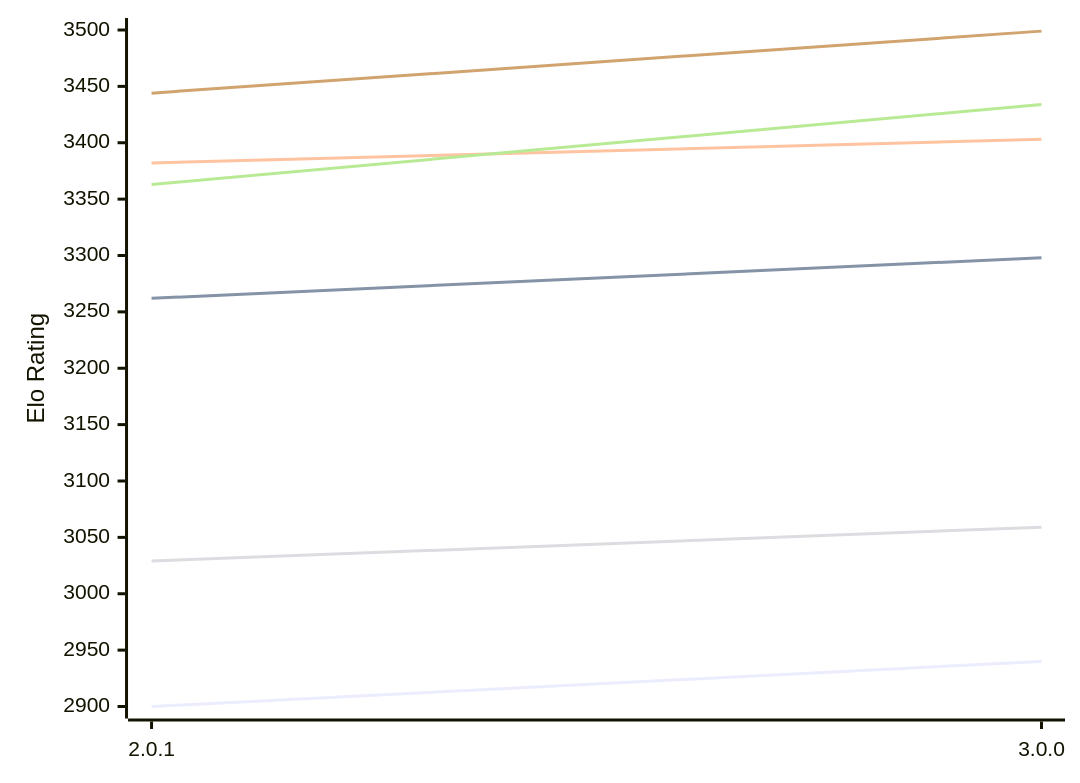
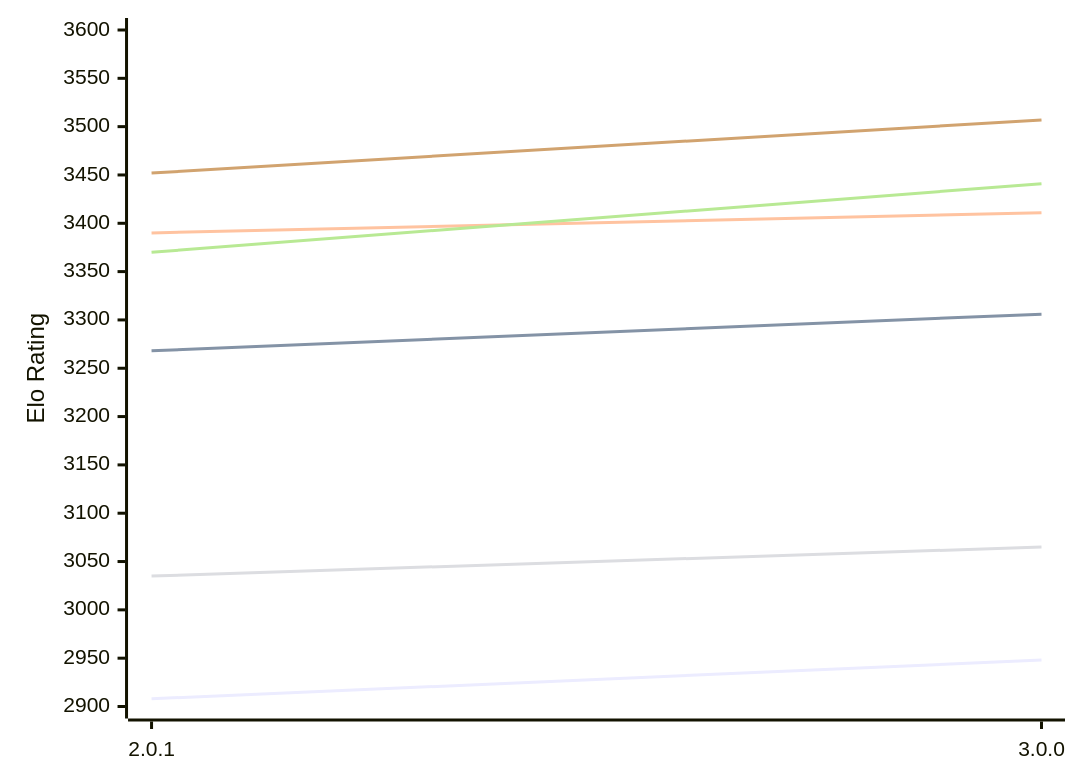
The first of 2 diagrams in engines/Grail.md (computer-chess-index/cci), drawn with Mermaid before and after one commit. The commit also changed other lines of this file, not shown here.

Commit message:
Update CCI Ratings (ELO VLTC) - 2026-11-03

````diff
--- a/engines/Grail.md
+++ b/engines/Grail.md
@@ -56,12 +56,12 @@
 ```mermaid
 %%{init: {"theme":"base","themeVariables":{"seriesColors:['#a3a3a3','#222221','#faa371']}}}%%
 xychart-beta
   x-axis ["2.0.1", "3.0.0"]
-  y-axis "Elo Rating" 2900 --> 3500
-  line "E1: STC (8.0+0.08s)" [2900, 2940]
-  line "E1: LTC (60.0+0.60s)" [3262, 3298]
-  line "E1: VLTC (2m24s+1.12s)" [3382, 3403]
-  line "P1: STC (8.0+0.08s)" [3029, 3059]
-  line "P1: LTC (60.0+0.60s)" [3363, 3434]
-  line "P1: VLTC (2m24s+1.12s)" [3444, 3499]
+  y-axis "Elo Rating" 2900 --> 3600
+  line "E1: STC (8.0+0.08s)" [2908, 2948]
+  line "E1: LTC (60.0+0.60s)" [3268, 3306]
+  line "E1: VLTC (2m24s+1.12s)" [3390, 3411]
+  line "P1: STC (8.0+0.08s)" [3035, 3065]
+  line "P1: LTC (60.0+0.60s)" [3370, 3441]
+  line "P1: VLTC (2m24s+1.12s)" [3452, 3507]
 ```
````
